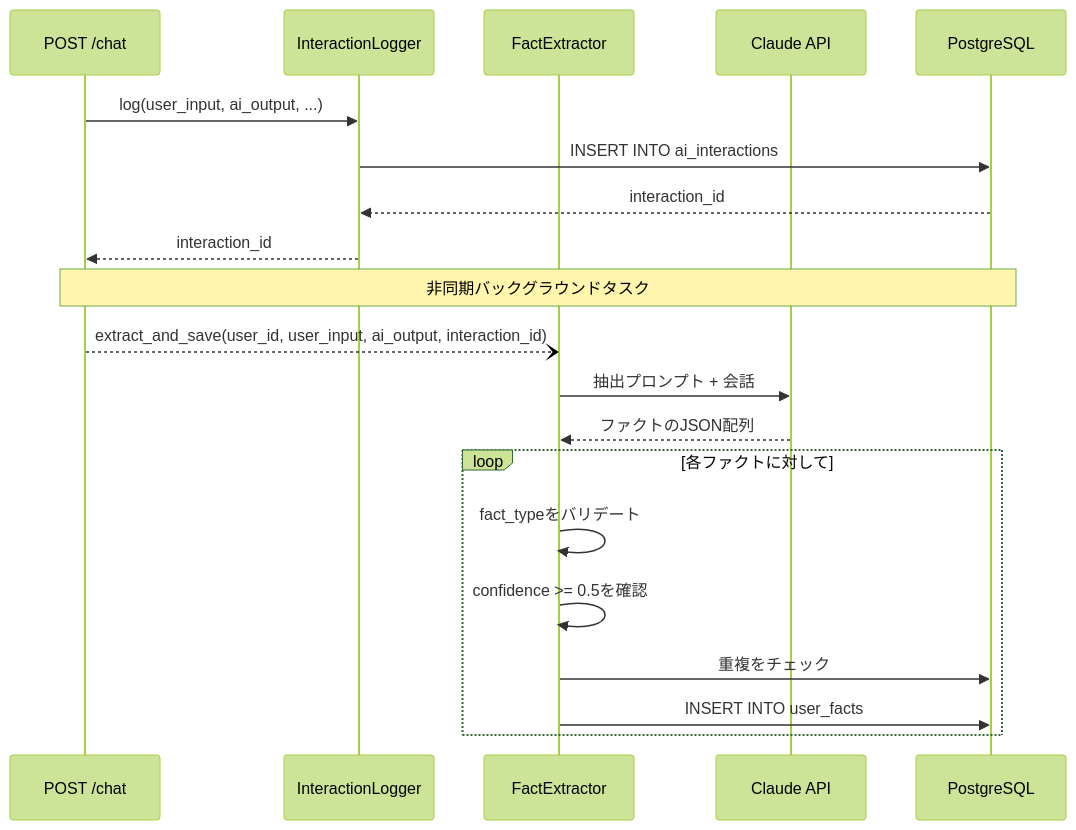
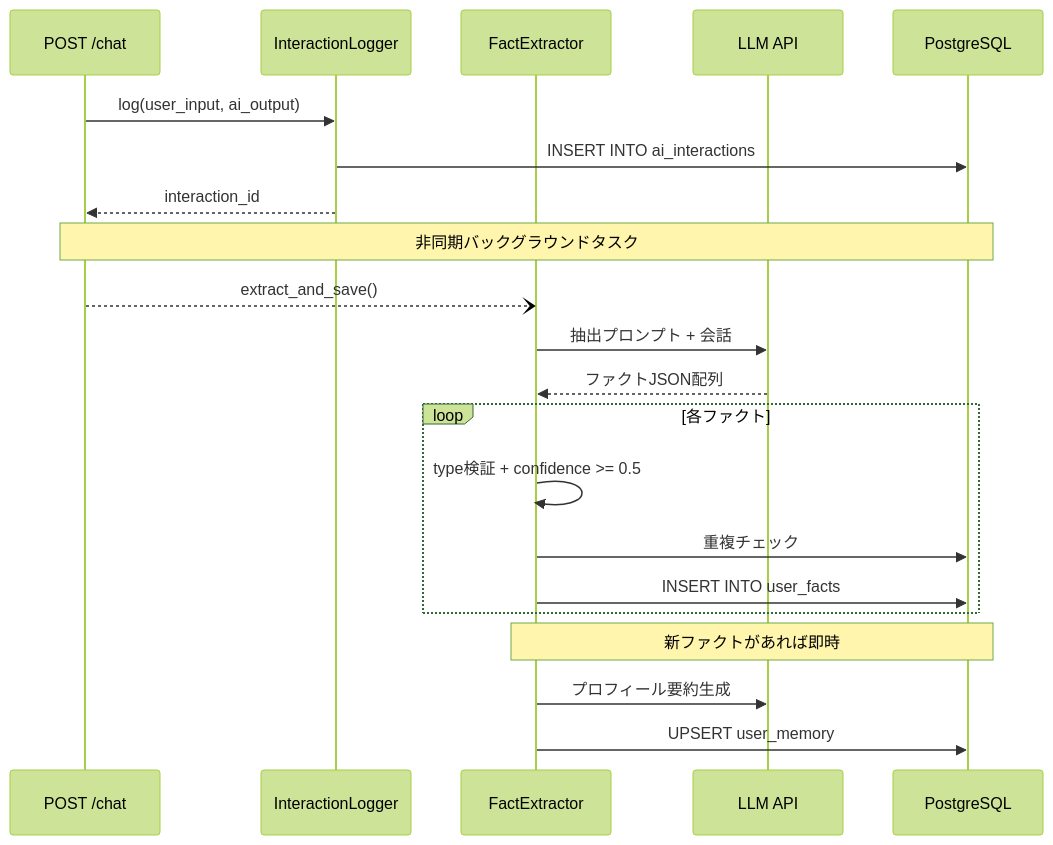
Before and after one commit to yu-min3/kensan: the tenth of 12 diagrams in kensan-ai/ARCHITECTURE.md, drawn with Mermaid (forest theme). The commit also changed other lines of this file and 117 other files, not shown here.

````diff
--- a/kensan-ai/ARCHITECTURE.md
+++ b/kensan-ai/ARCHITECTURE.md
@@ -1030,26 +422,28 @@
 ```mermaid
 sequenceDiagram
     participant Chat as POST /chat
     participant Logger as InteractionLogger
     participant Extractor as FactExtractor
-    participant Claude as Claude API
+    participant LLM as LLM API
     participant DB as PostgreSQL
 
-    Chat->>Logger: log(user_input, ai_output, ...)
+    Chat->>Logger: log(user_input, ai_output)
     Logger->>DB: INSERT INTO ai_interactions
-    DB-->>Logger: interaction_id
     Logger-->>Chat: interaction_id
 
     Note over Chat,DB: 非同期バックグラウンドタスク
-    Chat--)Extractor: extract_and_save(user_id, user_input, ai_output, interaction_id)
+    Chat--)Extractor: extract_and_save()
 
-    Extractor->>Claude: 抽出プロンプト + 会話
-    Claude-->>Extractor: ファクトのJSON配列
+    Extractor->>LLM: 抽出プロンプト + 会話
+    LLM-->>Extractor: ファクトJSON配列
 
-    loop 各ファクトに対して
-        Extractor->>Extractor: fact_typeをバリデート
-        Extractor->>Extractor: confidence >= 0.5を確認
-        Extractor->>DB: 重複をチェック
+    loop 各ファクト
+        Extractor->>Extractor: type検証 + confidence >= 0.5
+        Extractor->>DB: 重複チェック
         Extractor->>DB: INSERT INTO user_facts
     end
+
+    Note over Extractor,DB: 新ファクトがあれば即時
+    Extractor->>LLM: プロフィール要約生成
+    Extractor->>DB: UPSERT user_memory
 ```
````
